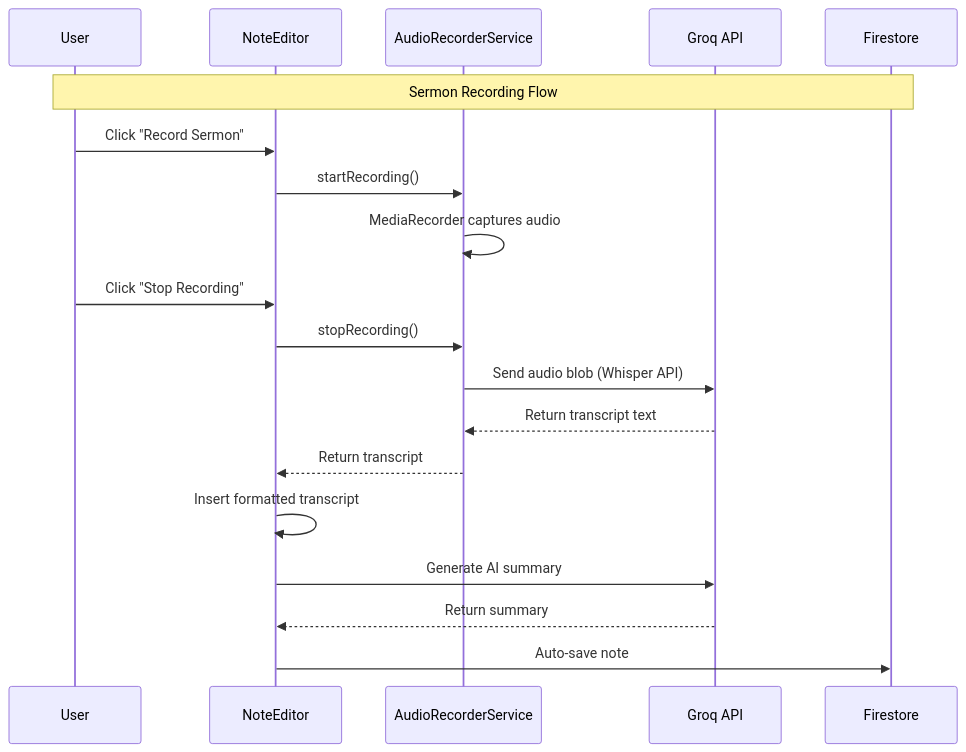
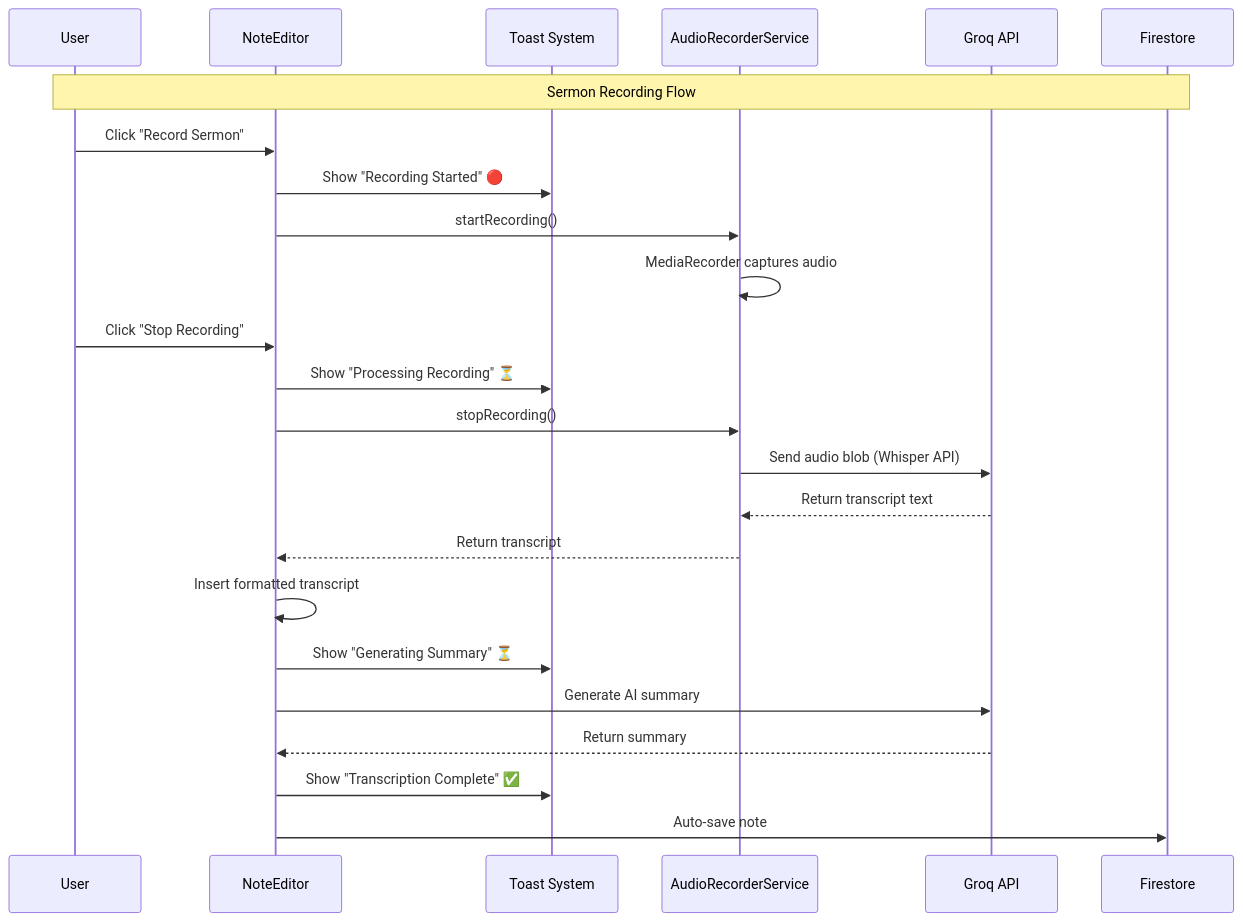
The second of 7 diagrams in TECHNICAL.md (nickigann03/word-flow-app), drawn with Mermaid before and after one commit. The commit also changed other lines of this file and 6 other files, not shown here.

````diff
--- a/TECHNICAL.md
+++ b/TECHNICAL.md
@@ -63,22 +66,27 @@
 ```mermaid
 sequenceDiagram
     participant User
     participant Editor as NoteEditor
+    participant Toast as Toast System
     participant Recorder as AudioRecorderService
     participant Groq as Groq API
     participant Firebase as Firestore
 
     Note over User,Firebase: Sermon Recording Flow
     User->>Editor: Click "Record Sermon"
+    Editor->>Toast: Show "Recording Started" 🔴
     Editor->>Recorder: startRecording()
     Recorder->>Recorder: MediaRecorder captures audio
     User->>Editor: Click "Stop Recording"
+    Editor->>Toast: Show "Processing Recording" ⏳
     Editor->>Recorder: stopRecording()
     Recorder->>Groq: Send audio blob (Whisper API)
     Groq-->>Recorder: Return transcript text
     Recorder-->>Editor: Return transcript
     Editor->>Editor: Insert formatted transcript
+    Editor->>Toast: Show "Generating Summary" ⏳
     Editor->>Groq: Generate AI summary
     Groq-->>Editor: Return summary
+    Editor->>Toast: Show "Transcription Complete" ✅
     Editor->>Firebase: Auto-save note
 ```
````
